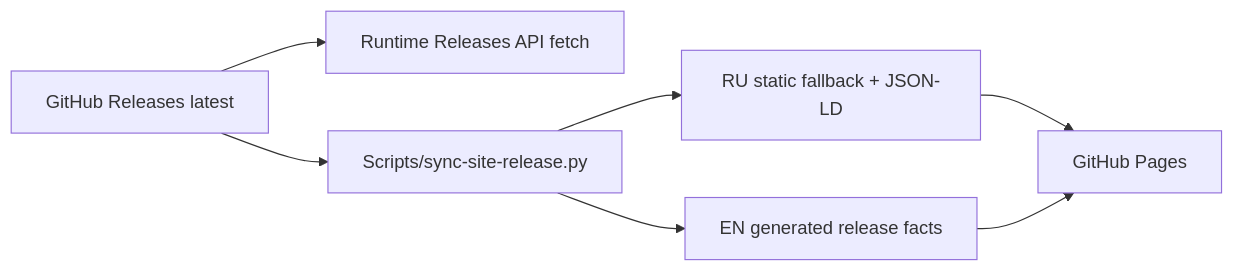
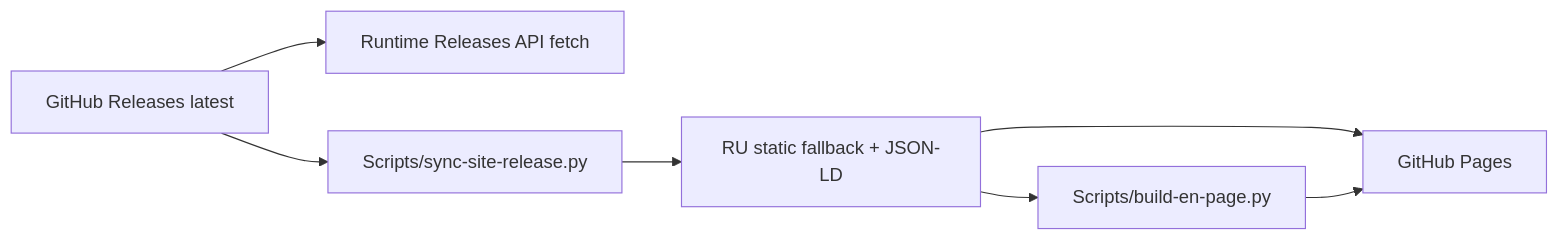
The first of 2 diagrams in knowledge-base/07-web/website.md (TumanovNV/impuls), drawn with Mermaid before and after one commit. The commit also changed other lines of this file and 1 other file, not shown here.

First line of the commit message:
Docs: document website product facts and seven-language contract (#80)

````diff
--- a/knowledge-base/07-web/website.md
+++ b/knowledge-base/07-web/website.md
@@ -42,9 +46,9 @@
 ```mermaid
 flowchart LR
     GH[GitHub Releases latest] --> JS[Runtime Releases API fetch]
-    GH --> SYNC[Scripts/sync-site-release.py]
-    SYNC --> RU[RU static fallback + JSON-LD]
-    SYNC --> EN[EN generated release facts]
+    GH --> REL[Scripts/sync-site-release.py]
+    REL --> RU[RU static fallback + JSON-LD]
+    RU --> EN[Scripts/build-en-page.py]
     RU --> PAGE[GitHub Pages]
     EN --> PAGE
 ```
````
